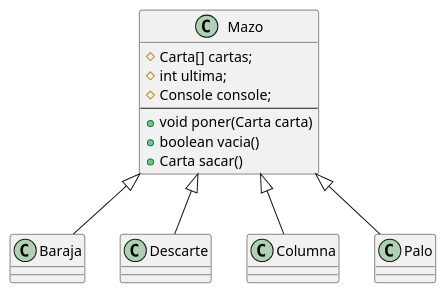
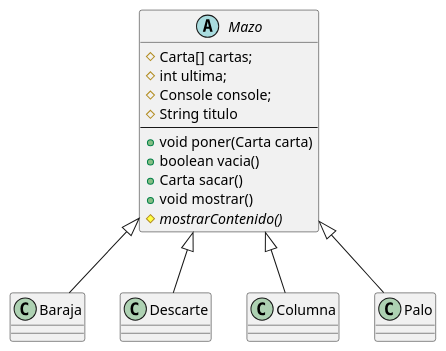
One commit to mmasias/24-25-pyKlondike changed the diagram in jerarquia.puml. Above: the diagram before and after it, drawn with PlantUML. The commit also changed 1 other file, not shown here.

Commit message:
refactor: diagrama UML actualizado

```diff
--- a/jerarquia.puml
+++ b/jerarquia.puml
@@ -1,19 +1,22 @@
 class Baraja
 class Descarte
 class Columna
-class Palo 
+class Palo
 
-class Mazo {
+abstract Mazo {
     # Carta[] cartas;
     # int ultima;
     # Console console;      
+    # String titulo
     ---
     + void poner(Carta carta)  
     + boolean vacia()   
     + Carta sacar()
+    + void mostrar()
+    # {abstract} mostrarContenido()
 }
 
 Baraja -u-|> Mazo
 Descarte -u-|> Mazo
 Columna -u-|> Mazo
 Palo  -u-|> Mazo
```
